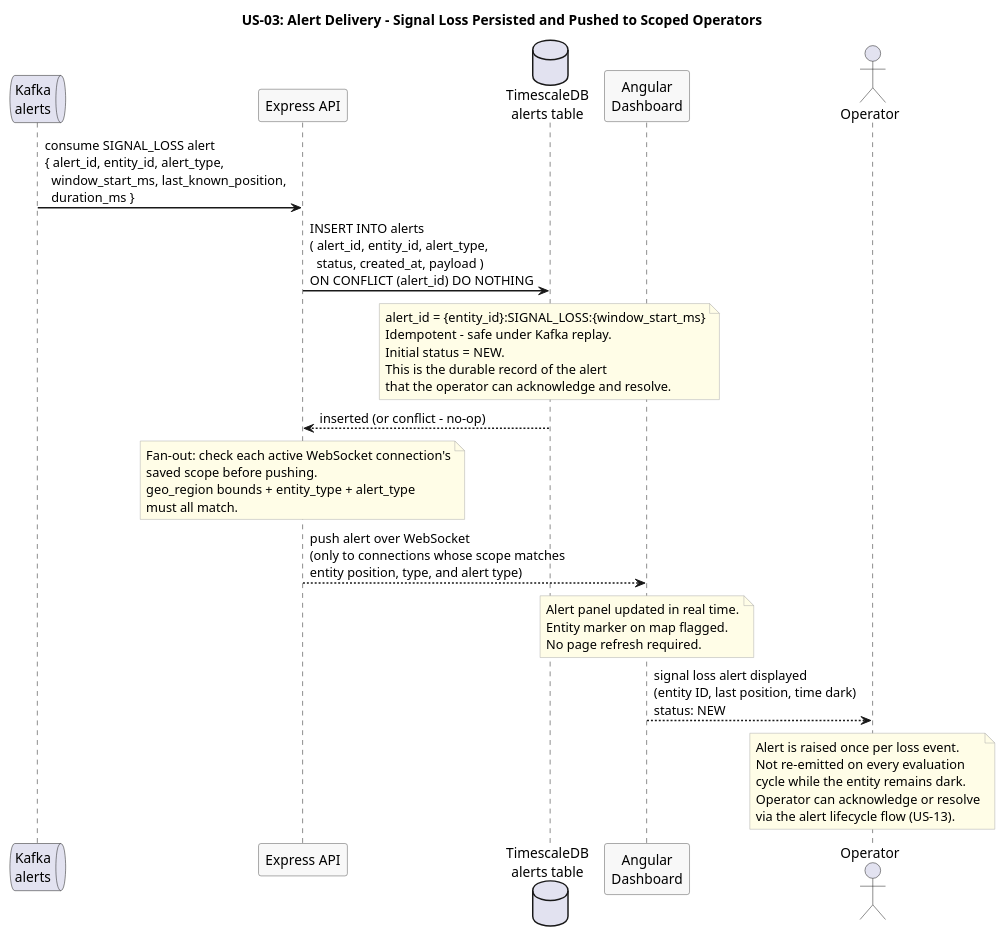
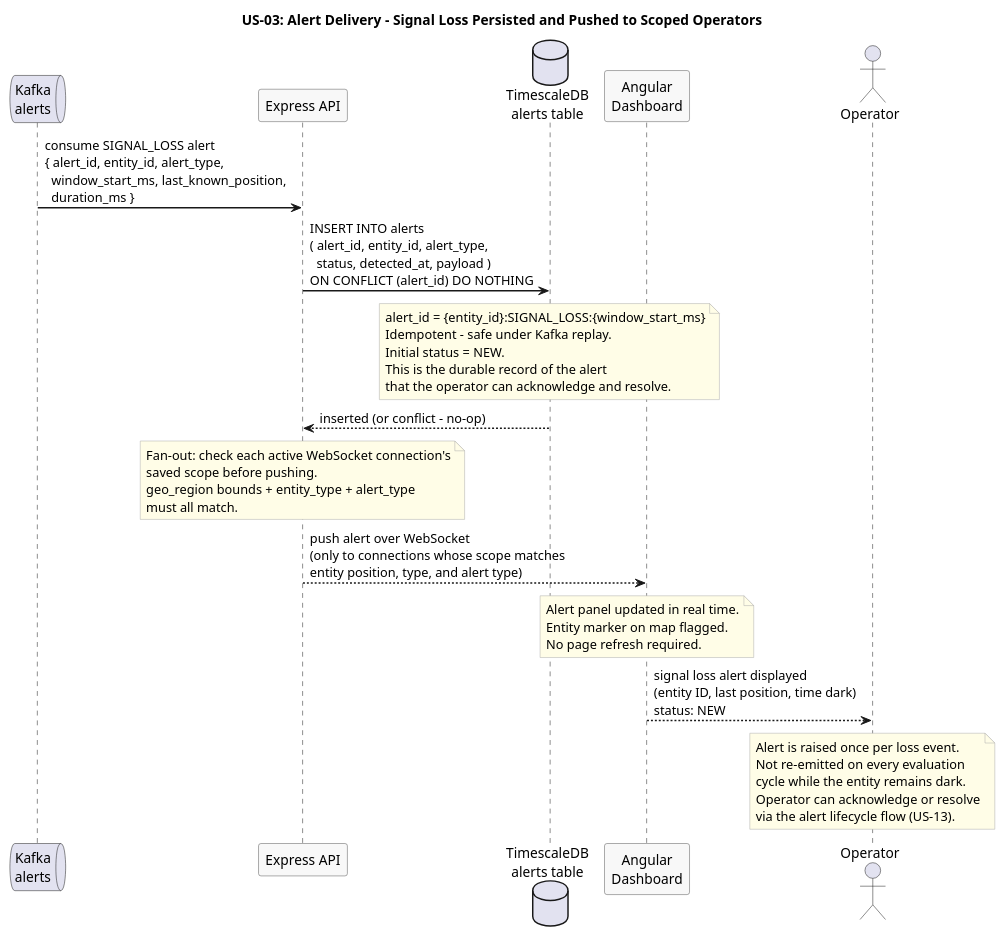
The diagram in docs/use-cases/US-03-signal-loss-alert/alert-delivery.puml (Buffden/sentinel), drawn with PlantUML before and after one commit. The commit also changed 6 other files, not shown here.

First line of the commit message:
docs: fix field name inconsistencies across architecture docs and PUMLs

```diff
--- a/docs/use-cases/US-03-signal-loss-alert/alert-delivery.puml
+++ b/docs/use-cases/US-03-signal-loss-alert/alert-delivery.puml
@@ -1,55 +1,55 @@
 @startuml alert-delivery
 title US-03: Alert Delivery - Signal Loss Persisted and Pushed to Scoped Operators
 
 skinparam sequenceArrowThickness 1.5
 skinparam participantBorderColor #555555
 skinparam participantBackgroundColor #F8F8F8
 skinparam noteBorderColor #AAAAAA
 skinparam noteBackgroundColor #FFFDE7
 
 queue "Kafka\nalerts" as Kafka
 participant "Express API" as API
 database "TimescaleDB\nalerts table" as TSDB
 participant "Angular\nDashboard" as Dashboard
 actor Operator
 
 Kafka -> API : consume SIGNAL_LOSS alert\n{ alert_id, entity_id, alert_type,\n  window_start_ms, last_known_position,\n  duration_ms }
 
-API -> TSDB : INSERT INTO alerts\n( alert_id, entity_id, alert_type,\n  status, created_at, payload )\nON CONFLICT (alert_id) DO NOTHING
+API -> TSDB : INSERT INTO alerts\n( alert_id, entity_id, alert_type,\n  status, detected_at, payload )\nON CONFLICT (alert_id) DO NOTHING
 
 note over TSDB
   alert_id = {entity_id}:SIGNAL_LOSS:{window_start_ms}
   Idempotent - safe under Kafka replay.
   Initial status = NEW.
   This is the durable record of the alert
   that the operator can acknowledge and resolve.
 end note
 
 TSDB --> API : inserted (or conflict - no-op)
 
 note over API
   Fan-out: check each active WebSocket connection's
   saved scope before pushing.
   geo_region bounds + entity_type + alert_type
   must all match.
 end note
 
 API --> Dashboard : push alert over WebSocket\n(only to connections whose scope matches\nentity position, type, and alert type)
 
 note over Dashboard
   Alert panel updated in real time.
   Entity marker on map flagged.
   No page refresh required.
 end note
 
 Dashboard --> Operator : signal loss alert displayed\n(entity ID, last position, time dark)\nstatus: NEW
 
 note over Operator
   Alert is raised once per loss event.
   Not re-emitted on every evaluation
   cycle while the entity remains dark.
   Operator can acknowledge or resolve
   via the alert lifecycle flow (US-13).
 end note
 
 @enduml
```
